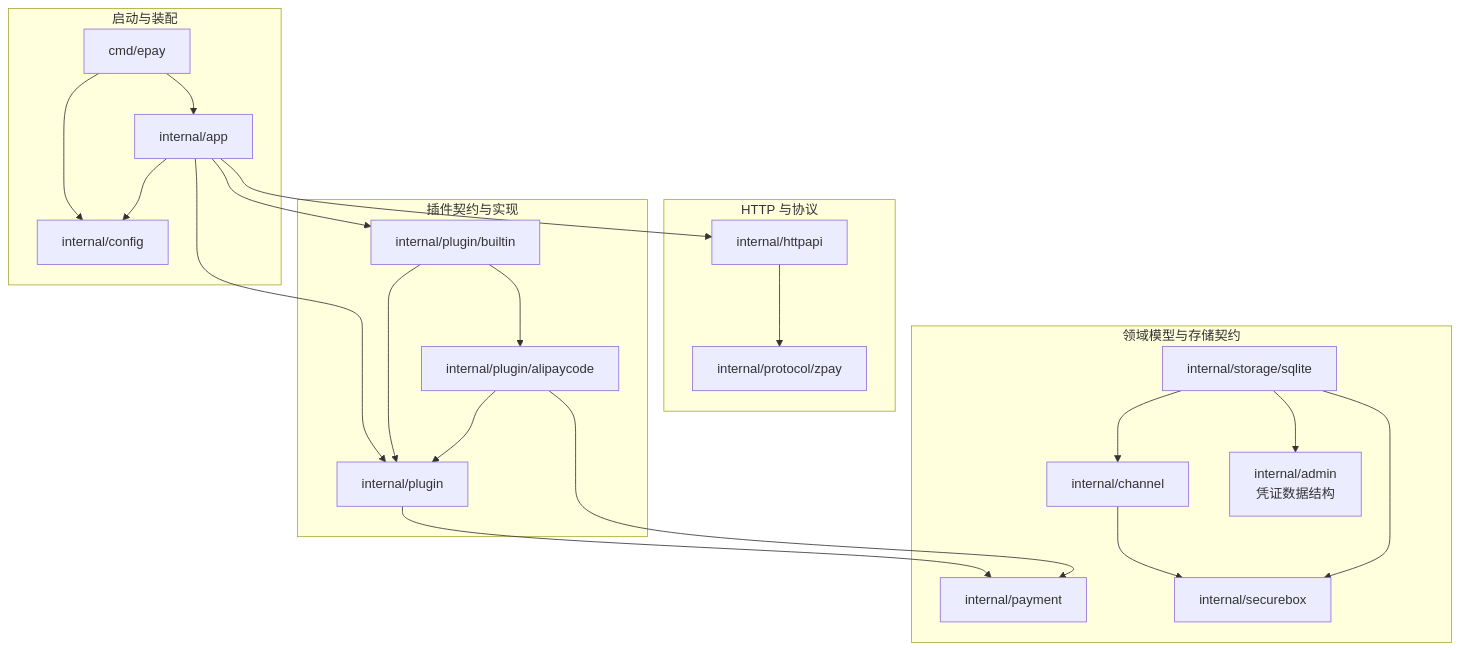
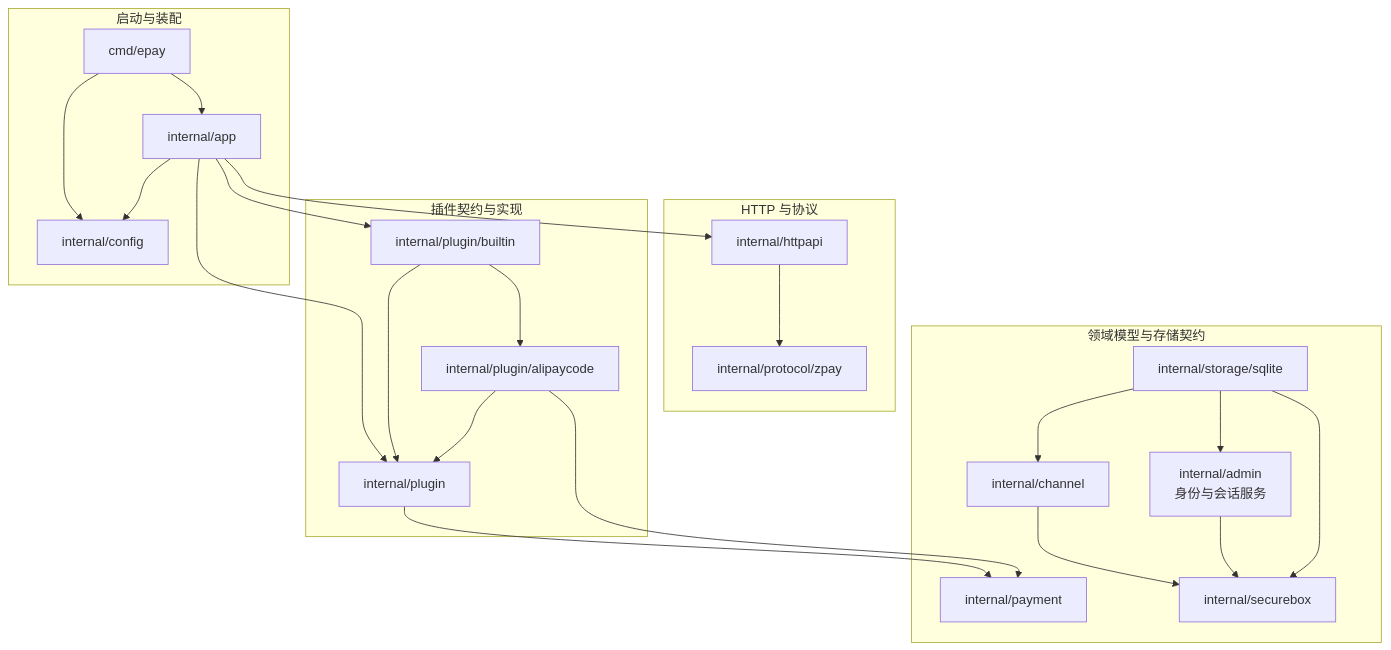
The first of 2 diagrams in docs/architecture.md (forza0310/Epay-go), drawn with Mermaid before and after one commit. The commit also changed other lines of this file and 6 other files, not shown here.

````diff
--- a/docs/architecture.md
+++ b/docs/architecture.md
@@ -32,44 +34,45 @@
 ```mermaid
 flowchart TB
     subgraph Bootstrap["启动与装配"]
         Main["cmd/epay"]
         App["internal/app"]
         Config["internal/config"]
     end
 
     subgraph HTTP["HTTP 与协议"]
         Handler["internal/httpapi"]
         Zpay["internal/protocol/zpay"]
     end
 
     subgraph Plugins["插件契约与实现"]
         Registry["internal/plugin"]
         Builtin["internal/plugin/builtin"]
         Alipaycode["internal/plugin/alipaycode"]
     end
 
     subgraph Domain["领域模型与存储契约"]
         Payment["internal/payment"]
         Channel["internal/channel"]
-        Admin["internal/admin<br/>凭证数据结构"]
+        Admin["internal/admin<br/>身份与会话服务"]
         Securebox["internal/securebox"]
         SQLite["internal/storage/sqlite"]
     end
 
     Main --> App
     Main --> Config
     App --> Config
     App --> Handler
     App --> Registry
     App --> Builtin
     Builtin --> Registry
     Builtin --> Alipaycode
     Handler --> Zpay
     Registry --> Payment
     Alipaycode --> Registry
     Alipaycode --> Payment
     Channel --> Securebox
+    Admin --> Securebox
     SQLite --> Admin
     SQLite --> Channel
     SQLite --> Securebox
 ```
````
